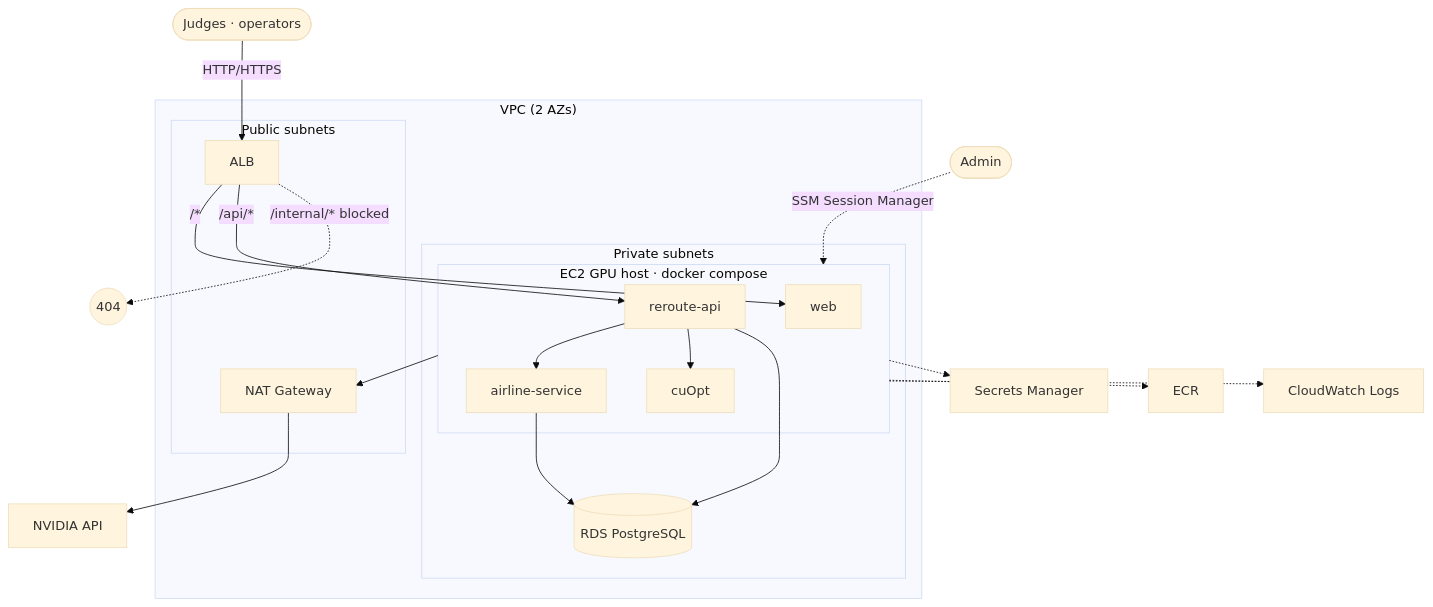
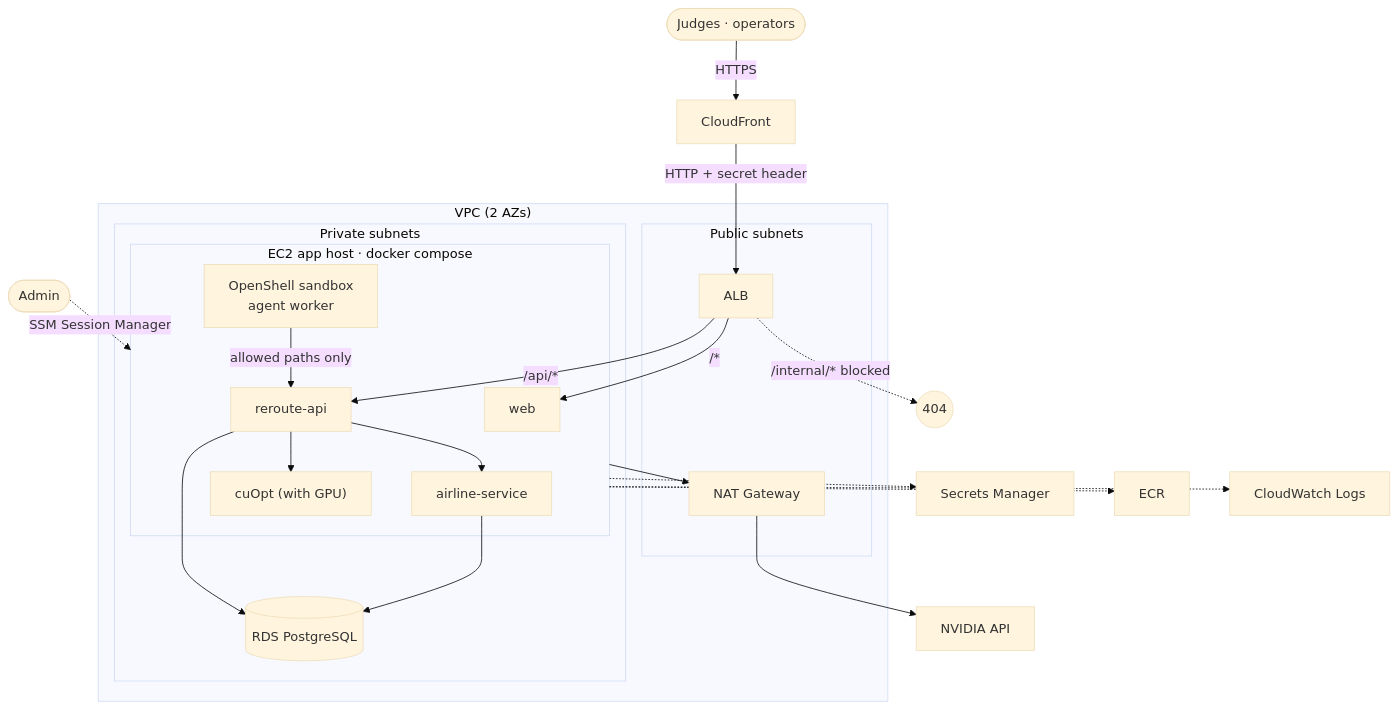
Before and after one commit to hyunolike/reroute-irops-agent: the seventh of 7 diagrams in docs/architecture.en.md, drawn with Mermaid (base theme). The commit also changed other lines of this file and 6 other files, not shown here.

````diff
--- a/docs/architecture.en.md
+++ b/docs/architecture.en.md
@@ -204,31 +204,34 @@
 ```mermaid
 flowchart TB
-    user([Judges · operators]) -->|"HTTP/HTTPS"| alb
+    user([Judges · operators]) -->|"HTTPS"| cf["CloudFront"]
+    cf -->|"HTTP + secret header"| alb
     admin([Admin]) -.->|"SSM Session Manager"| ec2
     subgraph vpc["VPC (2 AZs)"]
         subgraph pub["Public subnets"]
             alb["ALB"]
             nat["NAT Gateway"]
         end
         subgraph priv["Private subnets"]
-            subgraph ec2["EC2 GPU host · docker compose"]
+            subgraph ec2["EC2 app host · docker compose"]
                 web["web"]
                 api["reroute-api"]
                 air["airline-service"]
-                cu["cuOpt"]
+                cu["cuOpt (with GPU)"]
+                sb["OpenShell sandbox<br/>agent worker"]
             end
             rds[("RDS PostgreSQL")]
         end
     end
     alb -->|"/*"| web
     alb -->|"/api/*"| api
     alb -.->|"/internal/* blocked"| blk(("404"))
     api --> air
     api --> cu
     api --> rds
     air --> rds
+    sb -->|"allowed paths only"| api
     ec2 --> nat --> nim["NVIDIA API"]
     ec2 -.-> sm["Secrets Manager"]
     ec2 -.-> ecr["ECR"]
     ec2 -.-> cw["CloudWatch Logs"]
 ```
````
